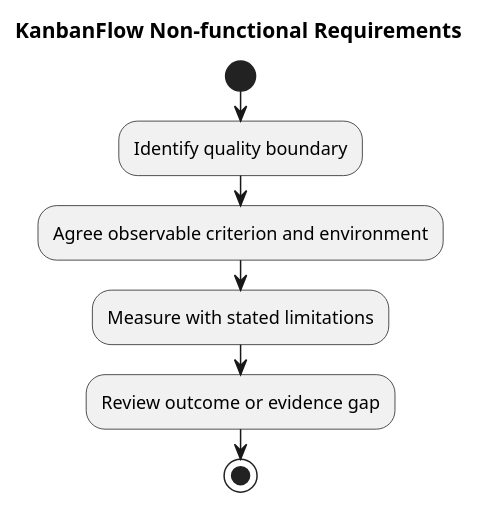
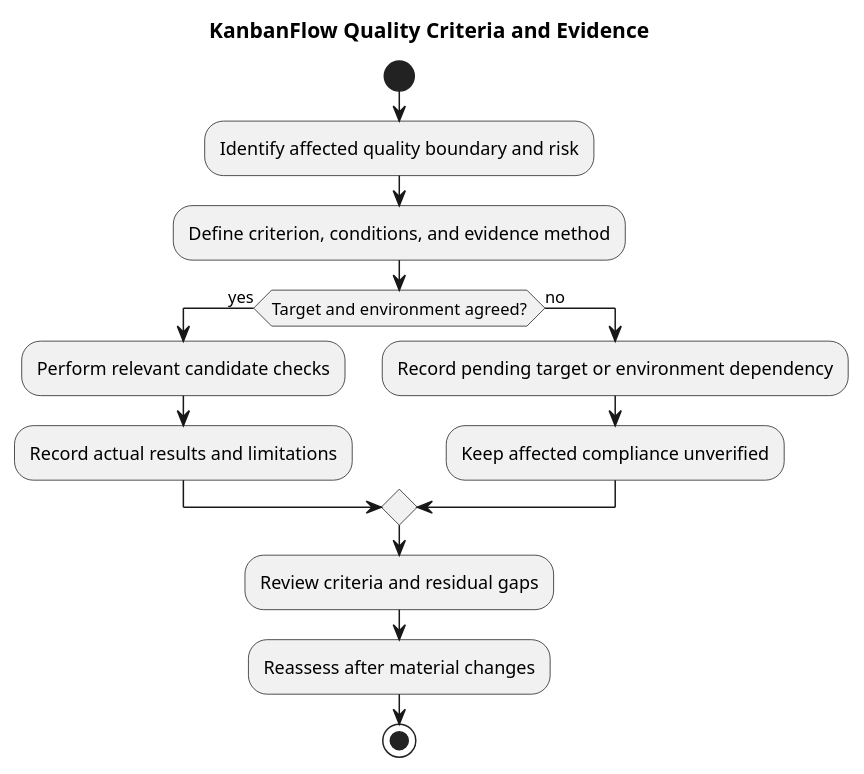
One commit to Farhad-Valizadegan/Web-KanbanFlow changed the diagram in docs/SDLC/02-requirements/non-functional-requirements.md. Above: the diagram before and after it, drawn with PlantUML. The commit also changed other lines of this file and 2 other files, not shown here.

Commit message:
docs: complete non-functional requirements and quality evidence

````diff
--- a/docs/SDLC/02-requirements/non-functional-requirements.md
+++ b/docs/SDLC/02-requirements/non-functional-requirements.md
@@ -47,11 +119,18 @@
 ```plantuml
 @startuml
-title KanbanFlow Non-functional Requirements
+title KanbanFlow Quality Criteria and Evidence
 start
-:Identify quality boundary;
-:Agree observable criterion and environment;
-:Measure with stated limitations;
-:Review outcome or evidence gap;
+:Identify affected quality boundary and risk;
+:Define criterion, conditions, and evidence method;
+if (Target and environment agreed?) then (yes)
+ :Perform relevant candidate checks;
+ :Record actual results and limitations;
+else (no)
+ :Record pending target or environment dependency;
+ :Keep affected compliance unverified;
+endif
+:Review criteria and residual gaps;
+:Reassess after material changes;
 stop
 @enduml
 ```
````
